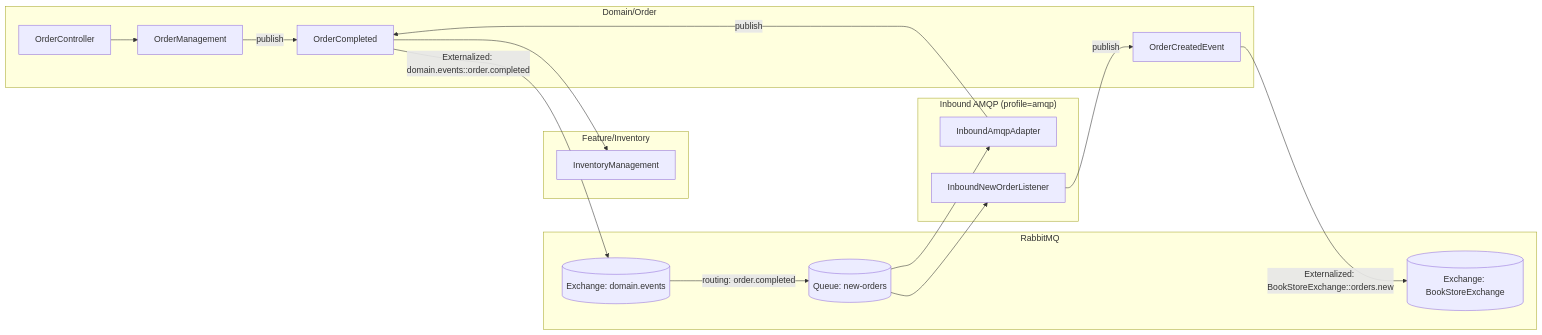
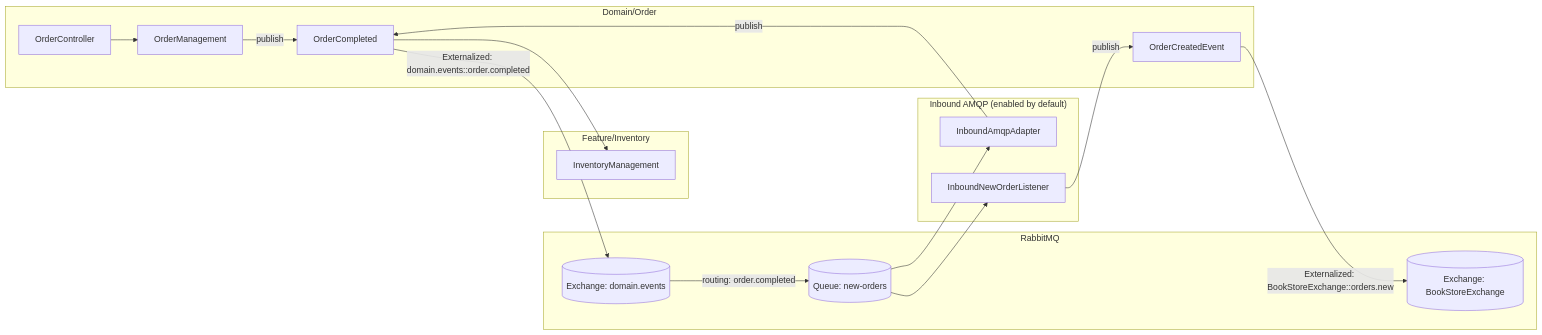
Before and after one commit to philipz/spring-monolith-amqp-poc: the first of 2 diagrams in README.md, drawn with Mermaid. The commit also changed other lines of this file and 21 other files, not shown here.

````diff
--- a/README.md
+++ b/README.md
@@ -48,34 +48,34 @@
 ```mermaid
 flowchart LR
   subgraph "Domain/Order"
     OC[OrderController]
     OM[OrderManagement]
     OC --> OM
     OM -->|publish| ECompleted[OrderCompleted]
     ECreated[OrderCreatedEvent]
   end
 
   subgraph "Feature/Inventory"
     IM[InventoryManagement]
   end
 
-  subgraph "Inbound AMQP (profile=amqp)"
+  subgraph "Inbound AMQP (enabled by default)"
     IAA[InboundAmqpAdapter]
     INL[InboundNewOrderListener]
   end
 
   subgraph "RabbitMQ"
     EX1[(Exchange: domain.events)]
     EX2[(Exchange: BookStoreExchange)]
     Q[(Queue: new-orders)]
   end
 
   ECompleted --> IM
   ECompleted -->|Externalized: domain.events::order.completed| EX1
   EX1 -->|routing: order.completed| Q
   Q --> IAA
   IAA -->|publish| ECompleted
   Q --> INL
   INL -->|publish| ECreated
   ECreated -->|Externalized: BookStoreExchange::orders.new| EX2
 ```
````
